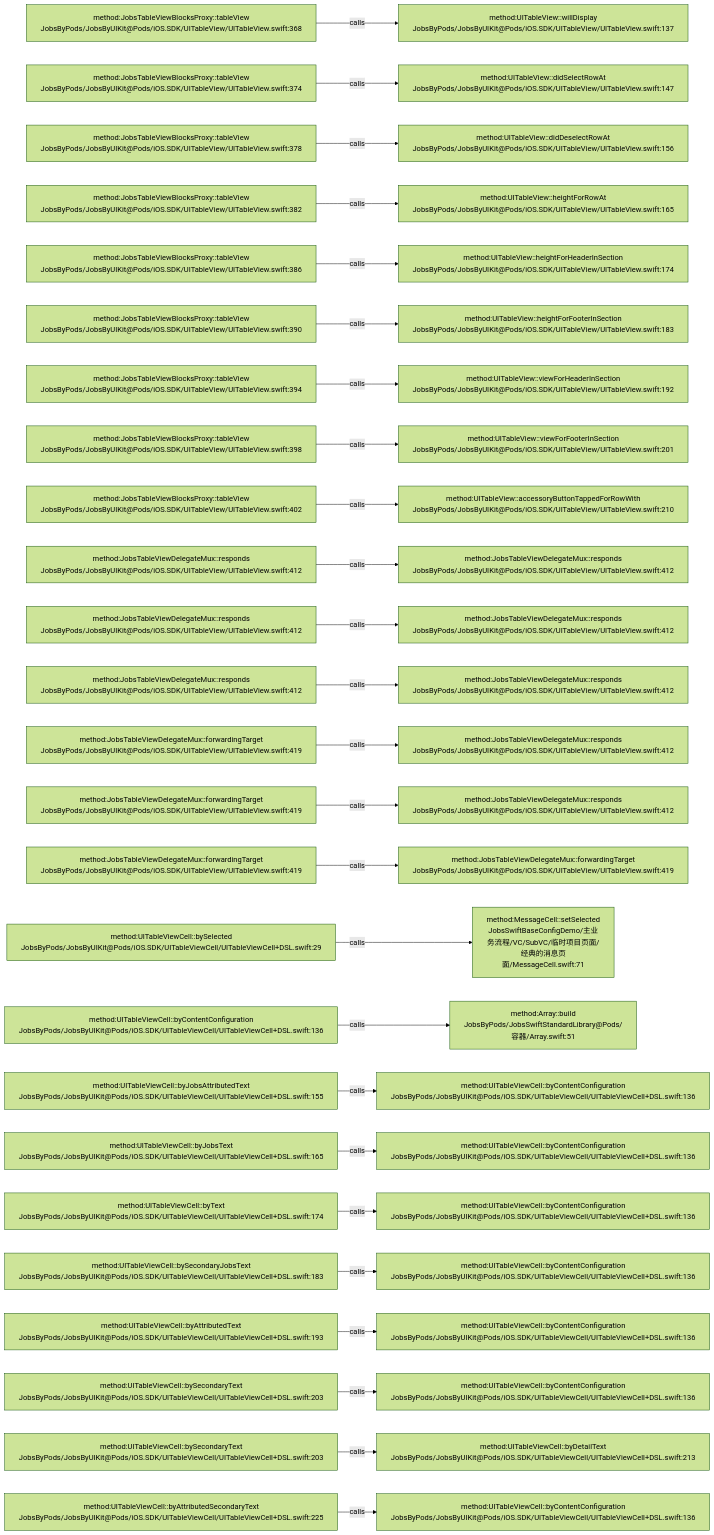
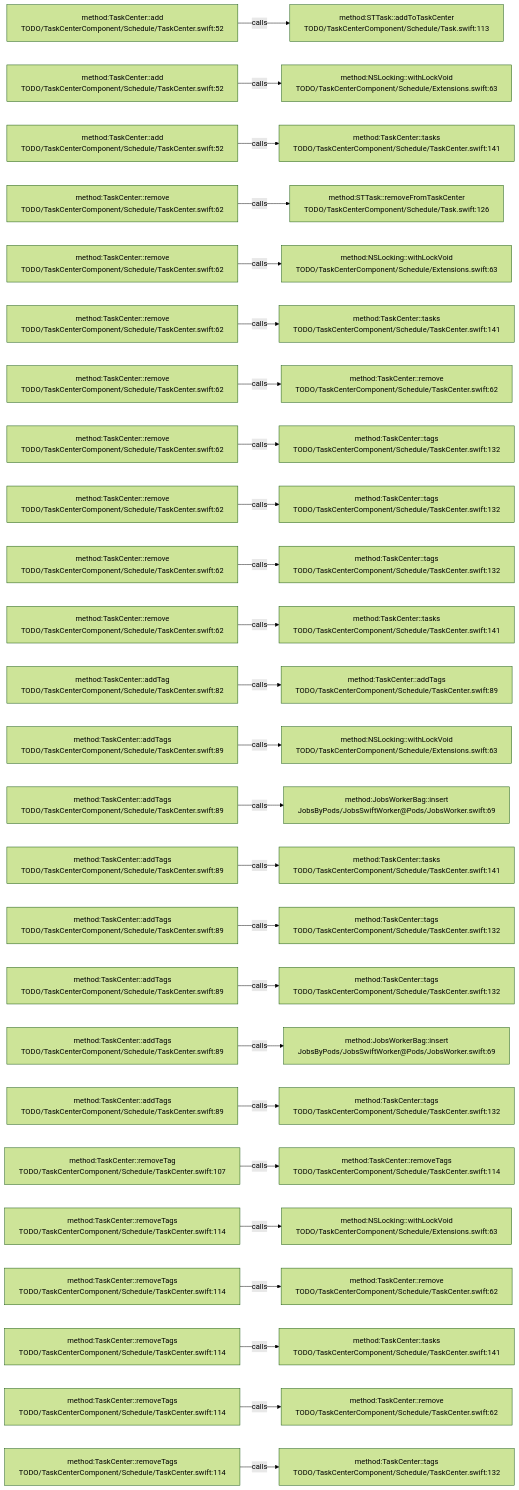
Before and after one commit to JobsKits/JobsSwiftBaseConfigDemo: the diagram in .codegraph/codegraph.md/graphs/calls-086.md, drawn with Mermaid (forest theme). The commit also changed 569 other files, not shown here.

````diff
--- a/.codegraph/codegraph.md/graphs/calls-086.md
+++ b/.codegraph/codegraph.md/graphs/calls-086.md
@@ -13,78 +13,78 @@
 ```mermaid
 flowchart LR
-  S1["method:JobsTableViewBlocksProxy::tableView<br/>JobsByPods/JobsByUIKit@Pods/iOS.SDK/UITableView/UITableView.swift:368"]
-  T1["method:UITableView::willDisplay<br/>JobsByPods/JobsByUIKit@Pods/iOS.SDK/UITableView/UITableView.swift:137"]
+  S1["method:TaskCenter::add<br/>TODO/TaskCenterComponent/Schedule/TaskCenter.swift:52"]
+  T1["method:STTask::addToTaskCenter<br/>TODO/TaskCenterComponent/Schedule/Task.swift:113"]
   S1 -->|calls| T1
-  S2["method:JobsTableViewBlocksProxy::tableView<br/>JobsByPods/JobsByUIKit@Pods/iOS.SDK/UITableView/UITableView.swift:374"]
-  T2["method:UITableView::didSelectRowAt<br/>JobsByPods/JobsByUIKit@Pods/iOS.SDK/UITableView/UITableView.swift:147"]
+  S2["method:TaskCenter::add<br/>TODO/TaskCenterComponent/Schedule/TaskCenter.swift:52"]
+  T2["method:NSLocking::withLockVoid<br/>TODO/TaskCenterComponent/Schedule/Extensions.swift:63"]
   S2 -->|calls| T2
-  S3["method:JobsTableViewBlocksProxy::tableView<br/>JobsByPods/JobsByUIKit@Pods/iOS.SDK/UITableView/UITableView.swift:378"]
-  T3["method:UITableView::didDeselectRowAt<br/>JobsByPods/JobsByUIKit@Pods/iOS.SDK/UITableView/UITableView.swift:156"]
+  S3["method:TaskCenter::add<br/>TODO/TaskCenterComponent/Schedule/TaskCenter.swift:52"]
+  T3["method:TaskCenter::tasks<br/>TODO/TaskCenterComponent/Schedule/TaskCenter.swift:141"]
   S3 -->|calls| T3
-  S4["method:JobsTableViewBlocksProxy::tableView<br/>JobsByPods/JobsByUIKit@Pods/iOS.SDK/UITableView/UITableView.swift:382"]
-  T4["method:UITableView::heightForRowAt<br/>JobsByPods/JobsByUIKit@Pods/iOS.SDK/UITableView/UITableView.swift:165"]
+  S4["method:TaskCenter::remove<br/>TODO/TaskCenterComponent/Schedule/TaskCenter.swift:62"]
+  T4["method:STTask::removeFromTaskCenter<br/>TODO/TaskCenterComponent/Schedule/Task.swift:126"]
   S4 -->|calls| T4
-  S5["method:JobsTableViewBlocksProxy::tableView<br/>JobsByPods/JobsByUIKit@Pods/iOS.SDK/UITableView/UITableView.swift:386"]
-  T5["method:UITableView::heightForHeaderInSection<br/>JobsByPods/JobsByUIKit@Pods/iOS.SDK/UITableView/UITableView.swift:174"]
+  S5["method:TaskCenter::remove<br/>TODO/TaskCenterComponent/Schedule/TaskCenter.swift:62"]
+  T5["method:NSLocking::withLockVoid<br/>TODO/TaskCenterComponent/Schedule/Extensions.swift:63"]
   S5 -->|calls| T5
-  S6["method:JobsTableViewBlocksProxy::tableView<br/>JobsByPods/JobsByUIKit@Pods/iOS.SDK/UITableView/UITableView.swift:390"]
-  T6["method:UITableView::heightForFooterInSection<br/>JobsByPods/JobsByUIKit@Pods/iOS.SDK/UITableView/UITableView.swift:183"]
+  S6["method:TaskCenter::remove<br/>TODO/TaskCenterComponent/Schedule/TaskCenter.swift:62"]
+  T6["method:TaskCenter::tasks<br/>TODO/TaskCenterComponent/Schedule/TaskCenter.swift:141"]
   S6 -->|calls| T6
-  S7["method:JobsTableViewBlocksProxy::tableView<br/>JobsByPods/JobsByUIKit@Pods/iOS.SDK/UITableView/UITableView.swift:394"]
-  T7["method:UITableView::viewForHeaderInSection<br/>JobsByPods/JobsByUIKit@Pods/iOS.SDK/UITableView/UITableView.swift:192"]
+  S7["method:TaskCenter::remove<br/>TODO/TaskCenterComponent/Schedule/TaskCenter.swift:62"]
+  T7["method:TaskCenter::remove<br/>TODO/TaskCenterComponent/Schedule/TaskCenter.swift:62"]
   S7 -->|calls| T7
-  S8["method:JobsTableViewBlocksProxy::tableView<br/>JobsByPods/JobsByUIKit@Pods/iOS.SDK/UITableView/UITableView.swift:398"]
-  T8["method:UITableView::viewForFooterInSection<br/>JobsByPods/JobsByUIKit@Pods/iOS.SDK/UITableView/UITableView.swift:201"]
+  S8["method:TaskCenter::remove<br/>TODO/TaskCenterComponent/Schedule/TaskCenter.swift:62"]
+  T8["method:TaskCenter::tags<br/>TODO/TaskCenterComponent/Schedule/TaskCenter.swift:132"]
   S8 -->|calls| T8
-  S9["method:JobsTableViewBlocksProxy::tableView<br/>JobsByPods/JobsByUIKit@Pods/iOS.SDK/UITableView/UITableView.swift:402"]
-  T9["method:UITableView::accessoryButtonTappedForRowWith<br/>JobsByPods/JobsByUIKit@Pods/iOS.SDK/UITableView/UITableView.swift:210"]
+  S9["method:TaskCenter::remove<br/>TODO/TaskCenterComponent/Schedule/TaskCenter.swift:62"]
+  T9["method:TaskCenter::tags<br/>TODO/TaskCenterComponent/Schedule/TaskCenter.swift:132"]
   S9 -->|calls| T9
-  S10["method:JobsTableViewDelegateMux::responds<br/>JobsByPods/JobsByUIKit@Pods/iOS.SDK/UITableView/UITableView.swift:412"]
-  T10["method:JobsTableViewDelegateMux::responds<br/>JobsByPods/JobsByUIKit@Pods/iOS.SDK/UITableView/UITableView.swift:412"]
+  S10["method:TaskCenter::remove<br/>TODO/TaskCenterComponent/Schedule/TaskCenter.swift:62"]
+  T10["method:TaskCenter::tags<br/>TODO/TaskCenterComponent/Schedule/TaskCenter.swift:132"]
   S10 -->|calls| T10
-  S11["method:JobsTableViewDelegateMux::responds<br/>JobsByPods/JobsByUIKit@Pods/iOS.SDK/UITableView/UITableView.swift:412"]
-  T11["method:JobsTableViewDelegateMux::responds<br/>JobsByPods/JobsByUIKit@Pods/iOS.SDK/UITableView/UITableView.swift:412"]
+  S11["method:TaskCenter::remove<br/>TODO/TaskCenterComponent/Schedule/TaskCenter.swift:62"]
+  T11["method:TaskCenter::tasks<br/>TODO/TaskCenterComponent/Schedule/TaskCenter.swift:141"]
   S11 -->|calls| T11
-  S12["method:JobsTableViewDelegateMux::responds<br/>JobsByPods/JobsByUIKit@Pods/iOS.SDK/UITableView/UITableView.swift:412"]
-  T12["method:JobsTableViewDelegateMux::responds<br/>JobsByPods/JobsByUIKit@Pods/iOS.SDK/UITableView/UITableView.swift:412"]
+  S12["method:TaskCenter::addTag<br/>TODO/TaskCenterComponent/Schedule/TaskCenter.swift:82"]
+  T12["method:TaskCenter::addTags<br/>TODO/TaskCenterComponent/Schedule/TaskCenter.swift:89"]
   S12 -->|calls| T12
-  S13["method:JobsTableViewDelegateMux::forwardingTarget<br/>JobsByPods/JobsByUIKit@Pods/iOS.SDK/UITableView/UITableView.swift:419"]
-  T13["method:JobsTableViewDelegateMux::responds<br/>JobsByPods/JobsByUIKit@Pods/iOS.SDK/UITableView/UITableView.swift:412"]
+  S13["method:TaskCenter::addTags<br/>TODO/TaskCenterComponent/Schedule/TaskCenter.swift:89"]
+  T13["method:NSLocking::withLockVoid<br/>TODO/TaskCenterComponent/Schedule/Extensions.swift:63"]
   S13 -->|calls| T13
-  S14["method:JobsTableViewDelegateMux::forwardingTarget<br/>JobsByPods/JobsByUIKit@Pods/iOS.SDK/UITableView/UITableView.swift:419"]
-  T14["method:JobsTableViewDelegateMux::responds<br/>JobsByPods/JobsByUIKit@Pods/iOS.SDK/UITableView/UITableView.swift:412"]
+  S14["method:TaskCenter::addTags<br/>TODO/TaskCenterComponent/Schedule/TaskCenter.swift:89"]
+  T14["method:JobsWorkerBag::insert<br/>JobsByPods/JobsSwiftWorker@Pods/JobsWorker.swift:69"]
   S14 -->|calls| T14
-  S15["method:JobsTableViewDelegateMux::forwardingTarget<br/>JobsByPods/JobsByUIKit@Pods/iOS.SDK/UITableView/UITableView.swift:419"]
-  T15["method:JobsTableViewDelegateMux::forwardingTarget<br/>JobsByPods/JobsByUIKit@Pods/iOS.SDK/UITableView/UITableView.swift:419"]
+  S15["method:TaskCenter::addTags<br/>TODO/TaskCenterComponent/Schedule/TaskCenter.swift:89"]
+  T15["method:TaskCenter::tasks<br/>TODO/TaskCenterComponent/Schedule/TaskCenter.swift:141"]
   S15 -->|calls| T15
-  S16["method:UITableViewCell::bySelected<br/>JobsByPods/JobsByUIKit@Pods/iOS.SDK/UITableViewCell/UITableViewCell+DSL.swift:29"]
-  T16["method:MessageCell::setSelected<br/>JobsSwiftBaseConfigDemo/主业务流程/VC/SubVC/临时项目页面/经典的消息页面/MessageCell.swift:71"]
+  S16["method:TaskCenter::addTags<br/>TODO/TaskCenterComponent/Schedule/TaskCenter.swift:89"]
+  T16["method:TaskCenter::tags<br/>TODO/TaskCenterComponent/Schedule/TaskCenter.swift:132"]
   S16 -->|calls| T16
-  S17["method:UITableViewCell::byContentConfiguration<br/>JobsByPods/JobsByUIKit@Pods/iOS.SDK/UITableViewCell/UITableViewCell+DSL.swift:136"]
-  T17["method:Array::build<br/>JobsByPods/JobsSwiftStandardLibrary@Pods/容器/Array.swift:51"]
+  S17["method:TaskCenter::addTags<br/>TODO/TaskCenterComponent/Schedule/TaskCenter.swift:89"]
+  T17["method:TaskCenter::tags<br/>TODO/TaskCenterComponent/Schedule/TaskCenter.swift:132"]
   S17 -->|calls| T17
-  S18["method:UITableViewCell::byJobsAttributedText<br/>JobsByPods/JobsByUIKit@Pods/iOS.SDK/UITableViewCell/UITableViewCell+DSL.swift:155"]
-  T18["method:UITableViewCell::byContentConfiguration<br/>JobsByPods/JobsByUIKit@Pods/iOS.SDK/UITableViewCell/UITableViewCell+DSL.swift:136"]
+  S18["method:TaskCenter::addTags<br/>TODO/TaskCenterComponent/Schedule/TaskCenter.swift:89"]
+  T18["method:JobsWorkerBag::insert<br/>JobsByPods/JobsSwiftWorker@Pods/JobsWorker.swift:69"]
   S18 -->|calls| T18
-  S19["method:UITableViewCell::byJobsText<br/>JobsByPods/JobsByUIKit@Pods/iOS.SDK/UITableViewCell/UITableViewCell+DSL.swift:165"]
-  T19["method:UITableViewCell::byContentConfiguration<br/>JobsByPods/JobsByUIKit@Pods/iOS.SDK/UITableViewCell/UITableViewCell+DSL.swift:136"]
+  S19["method:TaskCenter::addTags<br/>TODO/TaskCenterComponent/Schedule/TaskCenter.swift:89"]
+  T19["method:TaskCenter::tags<br/>TODO/TaskCenterComponent/Schedule/TaskCenter.swift:132"]
   S19 -->|calls| T19
-  S20["method:UITableViewCell::byText<br/>JobsByPods/JobsByUIKit@Pods/iOS.SDK/UITableViewCell/UITableViewCell+DSL.swift:174"]
-  T20["method:UITableViewCell::byContentConfiguration<br/>JobsByPods/JobsByUIKit@Pods/iOS.SDK/UITableViewCell/UITableViewCell+DSL.swift:136"]
+  S20["method:TaskCenter::removeTag<br/>TODO/TaskCenterComponent/Schedule/TaskCenter.swift:107"]
+  T20["method:TaskCenter::removeTags<br/>TODO/TaskCenterComponent/Schedule/TaskCenter.swift:114"]
   S20 -->|calls| T20
-  S21["method:UITableViewCell::bySecondaryJobsText<br/>JobsByPods/JobsByUIKit@Pods/iOS.SDK/UITableViewCell/UITableViewCell+DSL.swift:183"]
-  T21["method:UITableViewCell::byContentConfiguration<br/>JobsByPods/JobsByUIKit@Pods/iOS.SDK/UITableViewCell/UITableViewCell+DSL.swift:136"]
+  S21["method:TaskCenter::removeTags<br/>TODO/TaskCenterComponent/Schedule/TaskCenter.swift:114"]
+  T21["method:NSLocking::withLockVoid<br/>TODO/TaskCenterComponent/Schedule/Extensions.swift:63"]
   S21 -->|calls| T21
-  S22["method:UITableViewCell::byAttributedText<br/>JobsByPods/JobsByUIKit@Pods/iOS.SDK/UITableViewCell/UITableViewCell+DSL.swift:193"]
-  T22["method:UITableViewCell::byContentConfiguration<br/>JobsByPods/JobsByUIKit@Pods/iOS.SDK/UITableViewCell/UITableViewCell+DSL.swift:136"]
+  S22["method:TaskCenter::removeTags<br/>TODO/TaskCenterComponent/Schedule/TaskCenter.swift:114"]
+  T22["method:TaskCenter::remove<br/>TODO/TaskCenterComponent/Schedule/TaskCenter.swift:62"]
   S22 -->|calls| T22
-  S23["method:UITableViewCell::bySecondaryText<br/>JobsByPods/JobsByUIKit@Pods/iOS.SDK/UITableViewCell/UITableViewCell+DSL.swift:203"]
-  T23["method:UITableViewCell::byContentConfiguration<br/>JobsByPods/JobsByUIKit@Pods/iOS.SDK/UITableViewCell/UITableViewCell+DSL.swift:136"]
+  S23["method:TaskCenter::removeTags<br/>TODO/TaskCenterComponent/Schedule/TaskCenter.swift:114"]
+  T23["method:TaskCenter::tasks<br/>TODO/TaskCenterComponent/Schedule/TaskCenter.swift:141"]
   S23 -->|calls| T23
-  S24["method:UITableViewCell::bySecondaryText<br/>JobsByPods/JobsByUIKit@Pods/iOS.SDK/UITableViewCell/UITableViewCell+DSL.swift:203"]
-  T24["method:UITableViewCell::byDetailText<br/>JobsByPods/JobsByUIKit@Pods/iOS.SDK/UITableViewCell/UITableViewCell+DSL.swift:213"]
+  S24["method:TaskCenter::removeTags<br/>TODO/TaskCenterComponent/Schedule/TaskCenter.swift:114"]
+  T24["method:TaskCenter::remove<br/>TODO/TaskCenterComponent/Schedule/TaskCenter.swift:62"]
   S24 -->|calls| T24
-  S25["method:UITableViewCell::byAttributedSecondaryText<br/>JobsByPods/JobsByUIKit@Pods/iOS.SDK/UITableViewCell/UITableViewCell+DSL.swift:225"]
-  T25["method:UITableViewCell::byContentConfiguration<br/>JobsByPods/JobsByUIKit@Pods/iOS.SDK/UITableViewCell/UITableViewCell+DSL.swift:136"]
+  S25["method:TaskCenter::removeTags<br/>TODO/TaskCenterComponent/Schedule/TaskCenter.swift:114"]
+  T25["method:TaskCenter::tags<br/>TODO/TaskCenterComponent/Schedule/TaskCenter.swift:132"]
   S25 -->|calls| T25
 ```
````
